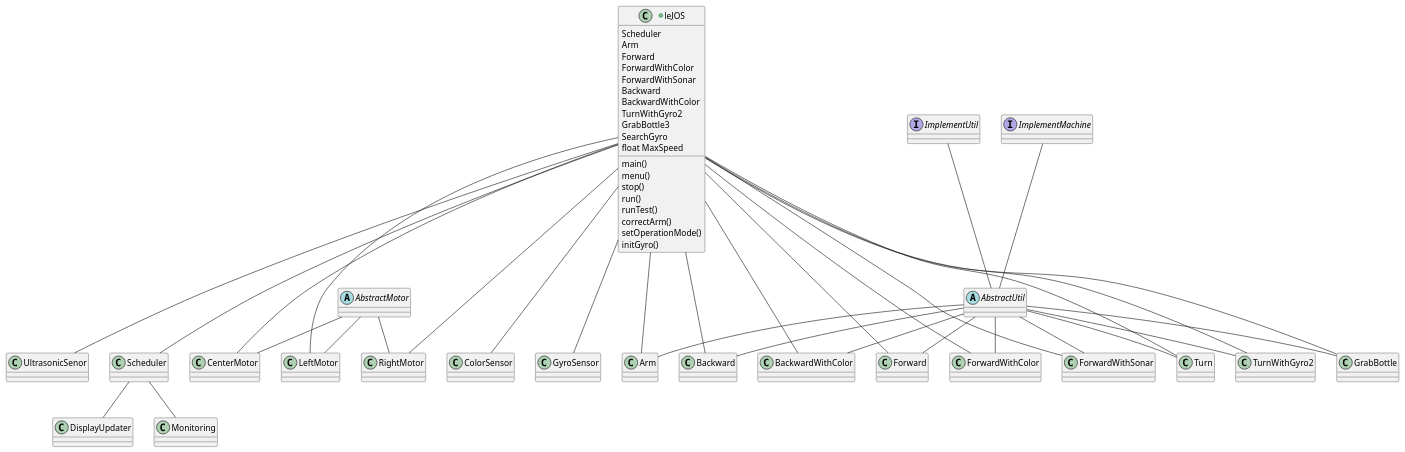
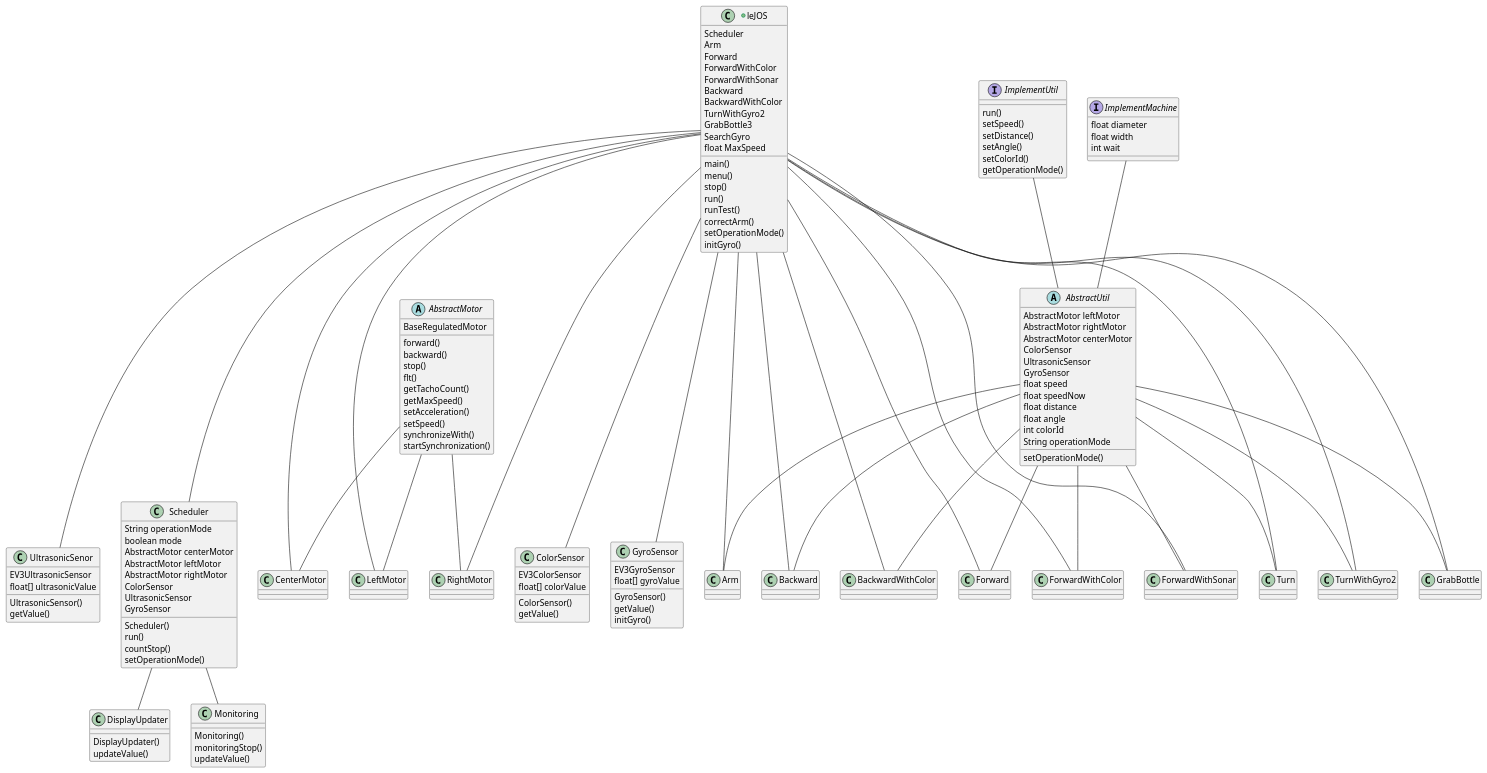
Before and after one commit to keloud/EV3IndependentRobot26: the diagram in UMLClass.puml, drawn with PlantUML.

```diff
--- a/UMLClass.puml
+++ b/UMLClass.puml
@@ -1,77 +1,150 @@
 @startuml
-class DisplayUpdater
-class Monitoring
-class Scheduler
+class DisplayUpdater{
+    DisplayUpdater()
+    updateValue()
+}
+class Monitoring{
+    Monitoring()
+    monitoringStop()
+    updateValue()
+}
+class Scheduler{
+    String operationMode
+    boolean mode
+    AbstractMotor centerMotor
+    AbstractMotor leftMotor
+    AbstractMotor rightMotor
+    ColorSensor
+    UltrasonicSensor
+    GyroSensor
+    Scheduler()
+    run()
+    countStop()
+    setOperationMode()
+}
 Scheduler -- DisplayUpdater
 Scheduler -- Monitoring
-abstract class AbstractMotor
+abstract class AbstractMotor{
+    BaseRegulatedMotor
+    forward()
+    backward()
+    stop()
+    flt()
+    getTachoCount()
+    getMaxSpeed()
+    setAcceleration()
+    setSpeed()
+    synchronizeWith()
+    startSynchronization()
+}
 class CenterMotor
 class LeftMotor
 class RightMotor
 AbstractMotor -- CenterMotor
 AbstractMotor -- LeftMotor
 AbstractMotor -- RightMotor
-class ColorSensor
-class GyroSensor
-class UltrasonicSenor
-interface ImplementMachine
-interface ImplementUtil
-abstract class AbstractUtil
+class ColorSensor{
+    EV3ColorSensor
+    float[] colorValue
+    ColorSensor()
+    getValue()
+}
+class GyroSensor{
+    EV3GyroSensor
+    float[] gyroValue
+    GyroSensor()
+    getValue()
+    initGyro()
+}
+class UltrasonicSenor{
+    EV3UltrasonicSensor
+    float[] ultrasonicValue
+    UltrasonicSensor()
+    getValue()
+}
+interface ImplementMachine{
+    float diameter
+    float width
+    int wait
+}
+interface ImplementUtil{
+    run()
+    setSpeed()
+    setDistance()
+    setAngle()
+    setColorId()
+    getOperationMode()
+}
+abstract class AbstractUtil{
+    AbstractMotor leftMotor
+    AbstractMotor rightMotor
+    AbstractMotor centerMotor
+    ColorSensor
+    UltrasonicSensor
+    GyroSensor
+    float speed
+    float speedNow
+    float distance
+    float angle
+    int colorId
+    String operationMode
+    setOperationMode()
+}
 ImplementMachine -- AbstractUtil
 ImplementUtil -- AbstractUtil
 class Arm
 class Backward
 class BackwardWithColor
 class Forward
 class ForwardWithColor
 class ForwardWithSonar
 class Turn
 class TurnWithGyro2
 class GrabBottle
 AbstractUtil -- Arm
 AbstractUtil -- Backward
 AbstractUtil -- BackwardWithColor
 AbstractUtil -- Forward
 AbstractUtil -- ForwardWithColor
 AbstractUtil -- ForwardWithSonar
 AbstractUtil -- Turn
 AbstractUtil -- TurnWithGyro2
 AbstractUtil -- GrabBottle
 +class leJOS{
     Scheduler
     Arm
     Forward
     ForwardWithColor
     ForwardWithSonar
     Backward
     BackwardWithColor
     TurnWithGyro2
     GrabBottle3
     SearchGyro
     float MaxSpeed
     main()
     menu()
     stop()
     run()
     runTest()
     correctArm()
     setOperationMode()
     initGyro()
 }
 leJOS --- Scheduler
 leJOS --- Arm
 leJOS --- Backward
 leJOS --- BackwardWithColor
 leJOS --- Forward
 leJOS --- ForwardWithColor
 leJOS --- ForwardWithSonar
 leJOS --- Turn
 leJOS --- TurnWithGyro2
 leJOS --- GrabBottle
 leJOS --- ColorSensor
 leJOS --- GyroSensor
 leJOS --- UltrasonicSenor
 leJOS --- CenterMotor
 leJOS --- LeftMotor
 leJOS --- RightMotor
 @enduml
```
